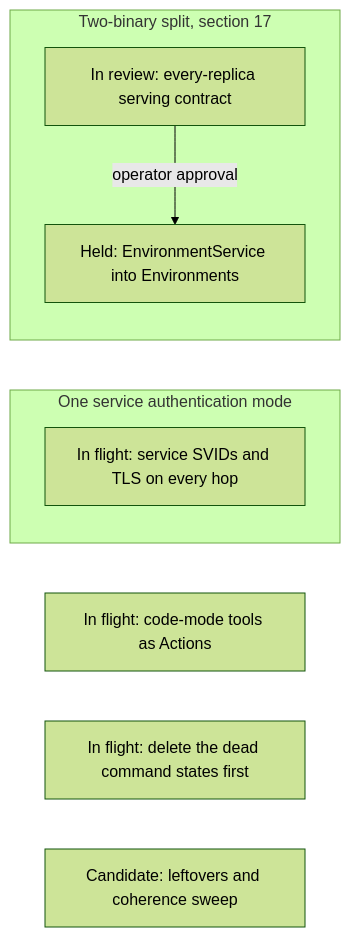
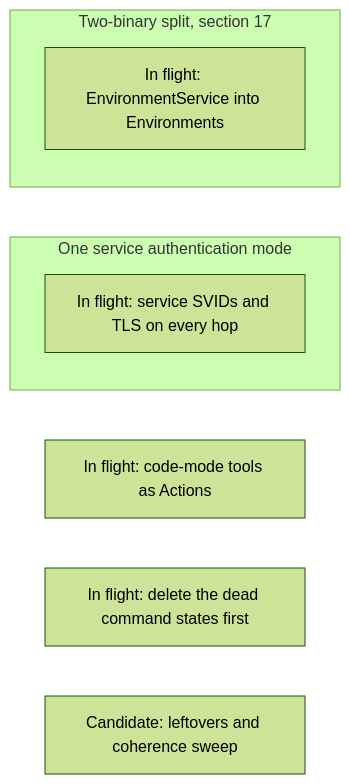
The first of 21 diagrams in agentplane/plans/task_dag.md (agentydragon/ducktape), drawn with Mermaid (forest theme) before and after one commit. The commit also changed other lines of this file and 52 other files, not shown here.

Commit message:
feat(agentplane): prepare every-replica EnvironmentService serving

````diff
--- a/agentplane/plans/task_dag.md
+++ b/agentplane/plans/task_dag.md
@@ -206,14 +206,12 @@
 ```mermaid
 flowchart LR
     subgraph AUTH_TRACK[One service authentication mode]
         PRIVILEGED_BACKEND_AUTH_DESIGN[In flight: service SVIDs and TLS on every hop]
     end
     subgraph SPLIT_TRACK[Two-binary split, section 17]
-        ENVIRONMENT_SERVICE_SERVING_DESIGN[In review: every-replica serving contract]
-        ENVIRONMENT_SERVICE_TO_ENVIRONMENTS[Held: EnvironmentService into Environments]
-        ENVIRONMENT_SERVICE_SERVING_DESIGN -->|operator approval| ENVIRONMENT_SERVICE_TO_ENVIRONMENTS
+        ENVIRONMENT_SERVICE_TO_ENVIRONMENTS[In flight: EnvironmentService into Environments]
     end
     CENTRAL_SESSION_DELEGATED_ACTING[In flight: code-mode tools as Actions]
     DISPATCHER_HARNESS_CONFIRMATION[In flight: delete the dead command states first]
     REFACTOR_COHERENCE_AUDIT[Candidate: leftovers and coherence sweep]
 ```
````
